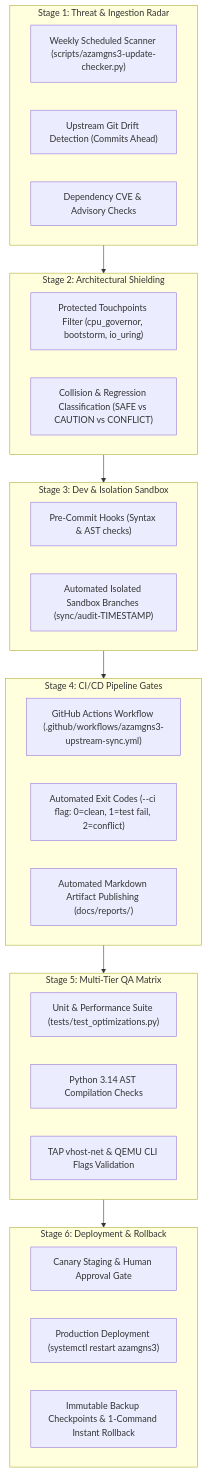
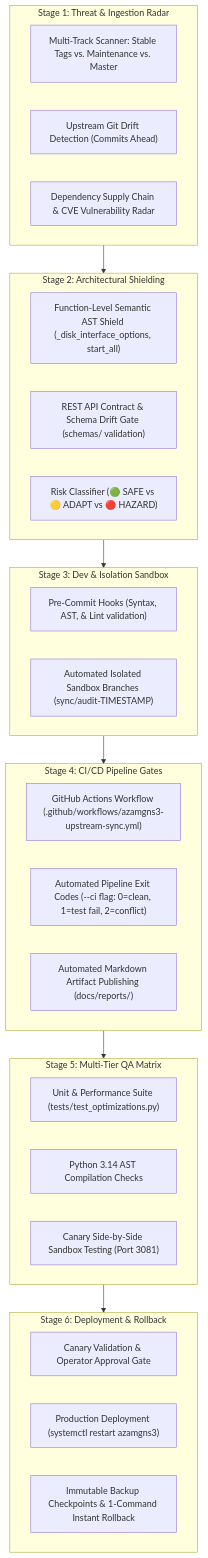
The first of 2 diagrams in AzamGNS3/docs/UPDATE_CHECK_PLAN.md (azambasha1987/MyRepo), drawn with Mermaid before and after one commit. The commit also changed other lines of this file and 3 other files, not shown here.

Commit message:
feat(audit): add multi-track ingestion, function-level AST shield, canary staging, and zero-day protocol

````diff
--- a/AzamGNS3/docs/UPDATE_CHECK_PLAN.md
+++ b/AzamGNS3/docs/UPDATE_CHECK_PLAN.md
@@ -10,38 +10,39 @@
 ```mermaid
 flowchart TD
     subgraph SDLC1 [Stage 1: Threat & Ingestion Radar]
-        R1["Weekly Scheduled Scanner (scripts/azamgns3-update-checker.py)"]
+        R1["Multi-Track Scanner: Stable Tags vs. Maintenance vs. Master"]
         R2["Upstream Git Drift Detection (Commits Ahead)"]
-        R3["Dependency CVE & Advisory Checks"]
+        R3["Dependency Supply Chain & CVE Vulnerability Radar"]
     end
 
     subgraph SDLC2 [Stage 2: Architectural Shielding]
-        A1["Protected Touchpoints Filter (cpu_governor, bootstorm, io_uring)"]
-        A2["Collision & Regression Classification (SAFE vs CAUTION vs CONFLICT)"]
+        A1["Function-Level Semantic AST Shield (_disk_interface_options, start_all)"]
+        A2["REST API Contract & Schema Drift Gate (schemas/ validation)"]
+        A3["Risk Classifier (🟢 SAFE vs 🟡 ADAPT vs 🔴 HAZARD)"]
     end
 
     subgraph SDLC3 [Stage 3: Dev & Isolation Sandbox]
-        D1["Pre-Commit Hooks (Syntax & AST checks)"]
+        D1["Pre-Commit Hooks (Syntax, AST, & Lint validation)"]
         D2["Automated Isolated Sandbox Branches (sync/audit-TIMESTAMP)"]
     end
 
     subgraph SDLC4 [Stage 4: CI/CD Pipeline Gates]
         C1["GitHub Actions Workflow (.github/workflows/azamgns3-upstream-sync.yml)"]
-        C2["Automated Exit Codes (--ci flag: 0=clean, 1=test fail, 2=conflict)"]
+        C2["Automated Pipeline Exit Codes (--ci flag: 0=clean, 1=test fail, 2=conflict)"]
         C3["Automated Markdown Artifact Publishing (docs/reports/)"]
     end
 
     subgraph SDLC5 [Stage 5: Multi-Tier QA Matrix]
         Q1["Unit & Performance Suite (tests/test_optimizations.py)"]
         Q2["Python 3.14 AST Compilation Checks"]
-        Q3["TAP vhost-net & QEMU CLI Flags Validation"]
+        Q3["Canary Side-by-Side Sandbox Testing (Port 3081)"]
     end
 
     subgraph SDLC6 [Stage 6: Deployment & Rollback]
-        P1["Canary Staging & Human Approval Gate"]
+        P1["Canary Validation & Operator Approval Gate"]
         P2["Production Deployment (systemctl restart azamgns3)"]
         P3["Immutable Backup Checkpoints & 1-Command Instant Rollback"]
     end
 
     SDLC1 --> SDLC2 --> SDLC3 --> SDLC4 --> SDLC5 --> SDLC6
 ```
````
